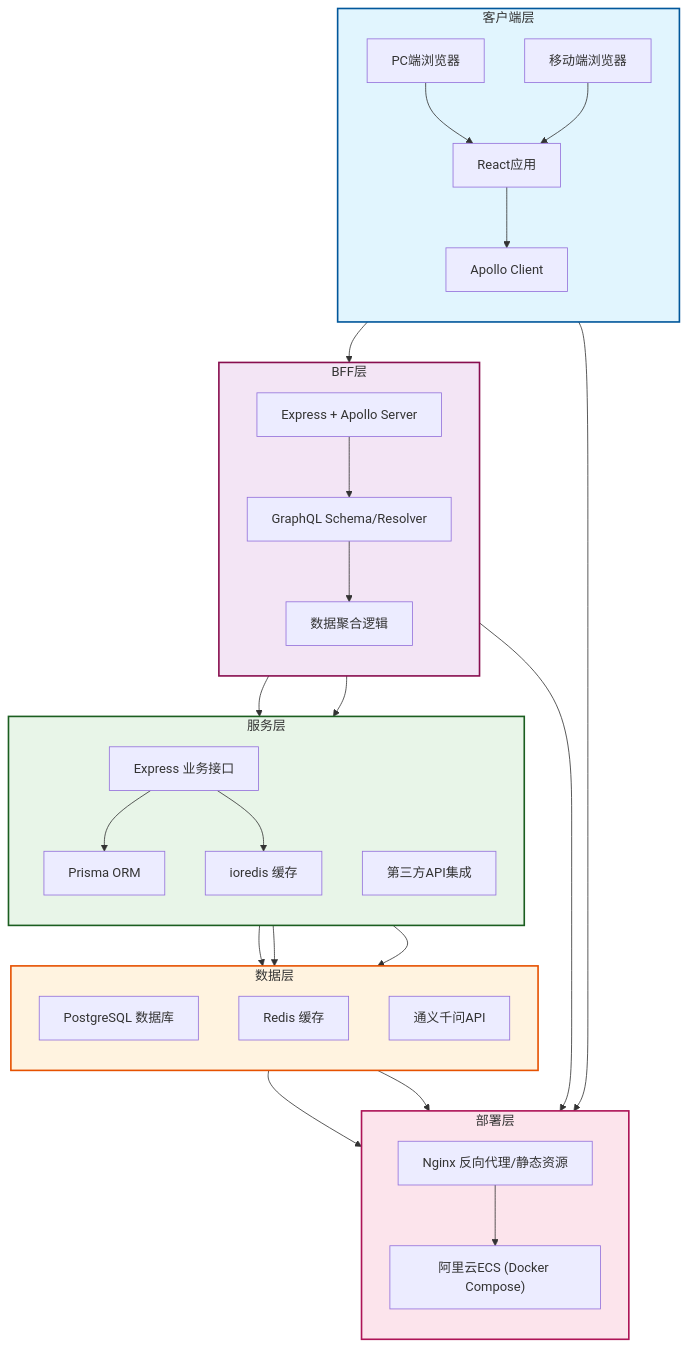
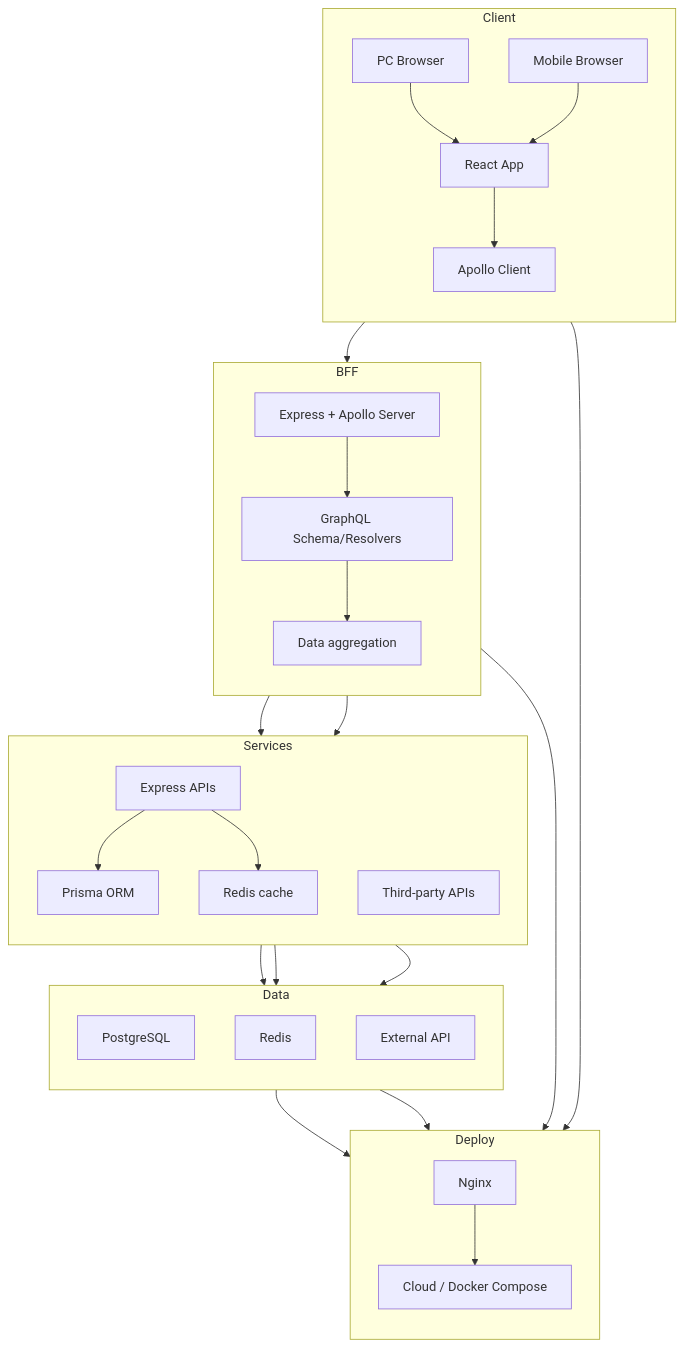
The diagram in README.md (cuiqiusheng/blog-fullstack), drawn with Mermaid before and after one commit. The commit also changed other lines of this file and 1 other file, not shown here.

````diff
--- a/README.md
+++ b/README.md
@@ -21,46 +31,40 @@
 ```mermaid
 graph TD
-    subgraph 客户端层
+    subgraph Client
         direction TB
-        A["PC端浏览器"] --> C["React应用"]
-        B["移动端浏览器"] --> C["React应用"]
+        A["PC Browser"] --> C["React App"]
+        B["Mobile Browser"] --> C["React App"]
         C --> D["Apollo Client"]
     end
-    
-    subgraph BFF层
+
+    subgraph BFF
         direction TB
         D --> E["Express + Apollo Server"]
-        E --> F["GraphQL Schema/Resolver"]
-        F --> G["数据聚合逻辑"]
+        E --> F["GraphQL Schema/Resolvers"]
+        F --> G["Data aggregation"]
     end
-    
-    subgraph 服务层
+
+    subgraph Services
         direction TB
-        G --> H["Express 业务接口"]
+        G --> H["Express APIs"]
         H --> I["Prisma ORM"]
-        H --> J["ioredis 缓存"]
-        G --> K["第三方API集成"]
+        H --> J["Redis cache"]
+        G --> K["Third-party APIs"]
     end
-    
-    subgraph 数据层
+
+    subgraph Data
         direction TB
-        I --> L["PostgreSQL 数据库"]
-        J --> M["Redis 缓存"]
-        K --> N["通义千问API"]
+        I --> L["PostgreSQL"]
+        J --> M["Redis"]
+        K --> N["External API"]
     end
-    
-    subgraph 部署层
+
+    subgraph Deploy
         direction TB
-        C --> O["Nginx 反向代理/静态资源"]
-        E --> O["Nginx 反向代理/静态资源"]
-        O --> P["阿里云ECS (Docker Compose)"]
+        C --> O["Nginx"]
+        E --> O
+        O --> P["Cloud / Docker Compose"]
         L --> P
         M --> P
     end
-
-    style 客户端层 fill:#e1f5fe,stroke:#01579b,stroke-width:2px
-    style BFF层 fill:#f3e5f5,stroke:#880e4f,stroke-width:2px
-    style 服务层 fill:#e8f5e8,stroke:#1b5e20,stroke-width:2px
-    style 数据层 fill:#fff3e0,stroke:#e65100,stroke-width:2px
-    style 部署层 fill:#fce4ec,stroke:#ad1457,stroke-width:2px
 ```
````
